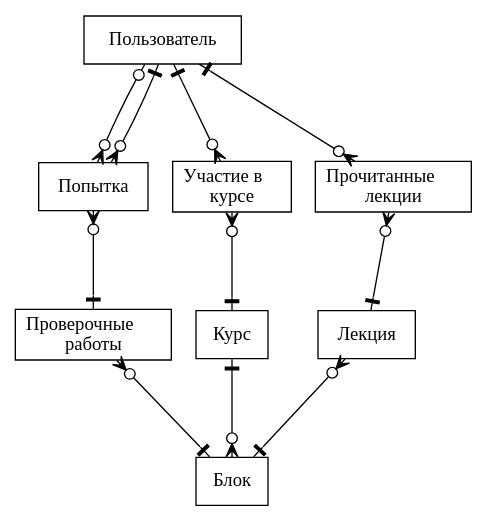
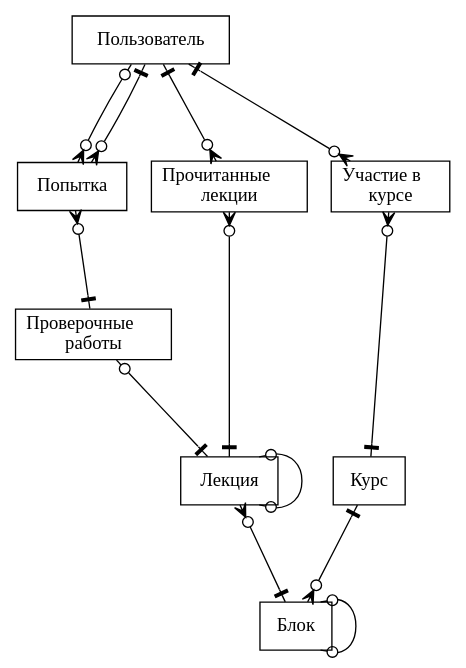
One commit to AsciiShell/DB_project changed the diagram in Text/schemas/RDB.dot. Above: the diagram before and after it, drawn with Graphviz.

```diff
--- a/Text/schemas/RDB.dot
+++ b/Text/schemas/RDB.dot
@@ -1,27 +1,29 @@
 digraph ERD {
   ranksep=1;
 
   User [ label="{<F> Пользователь}" shape = "record" ];
   Course [ label="{<F> Курс}" shape = "record" ];
   Block [ label="{<F> Блок}" shape = "record" ];
   Task [ label="{<F> Проверочные\l работы}" shape = "record" ];
   Solution [ label="{<F> Попытка}" shape = "record" ];
   Lecture [ label="{<F> Лекция}" shape = "record" ];
   CourseEnroll [ label="{<F> Участие&nbsp;в\l курсе}" shape = "record" ];
   LectureReaded [ label="{<F> Прочитанные \l лекции}" shape = "record" ];
  
   User->CourseEnroll [arrowhead = crowodot, arrowtail = noneotee, dir=both];
   User->LectureReaded[arrowhead = crowodot, arrowtail = noneotee, dir=both];
   User->Solution[arrowhead = crowodot, arrowtail = noneodot, dir=both];
   User->Solution[arrowhead = crowodot, arrowtail = noneotee, dir=both];
   
   Solution->Task[arrowhead = noneotee, arrowtail = crowodot, dir=both];
   CourseEnroll->Course [arrowhead = noneotee, arrowtail = crowodot, dir=both];
   LectureReaded->Lecture[arrowhead = noneotee, arrowtail = crowodot, dir=both];
   
-  Task->Block[arrowhead = noneotee, arrowtail = crowodot, dir=both];
+  Task->Lecture [arrowhead = noneotee, arrowtail = noneodot, dir=both];
   Course->Block[arrowhead = crowodot, arrowtail = noneotee, dir=both];
   Lecture->Block[arrowhead = noneotee, arrowtail = crowodot, dir=both];
+  {rank=same; Solution LectureReaded CourseEnroll}
   
-  { rank=same; Solution CourseEnroll LectureReaded }
+  Block->Block [arrowhead = noneodot, arrowtail = noneodot, dir=both];
+  Lecture->Lecture [arrowhead = noneodot, arrowtail = noneodot, dir=both];
 }
```
